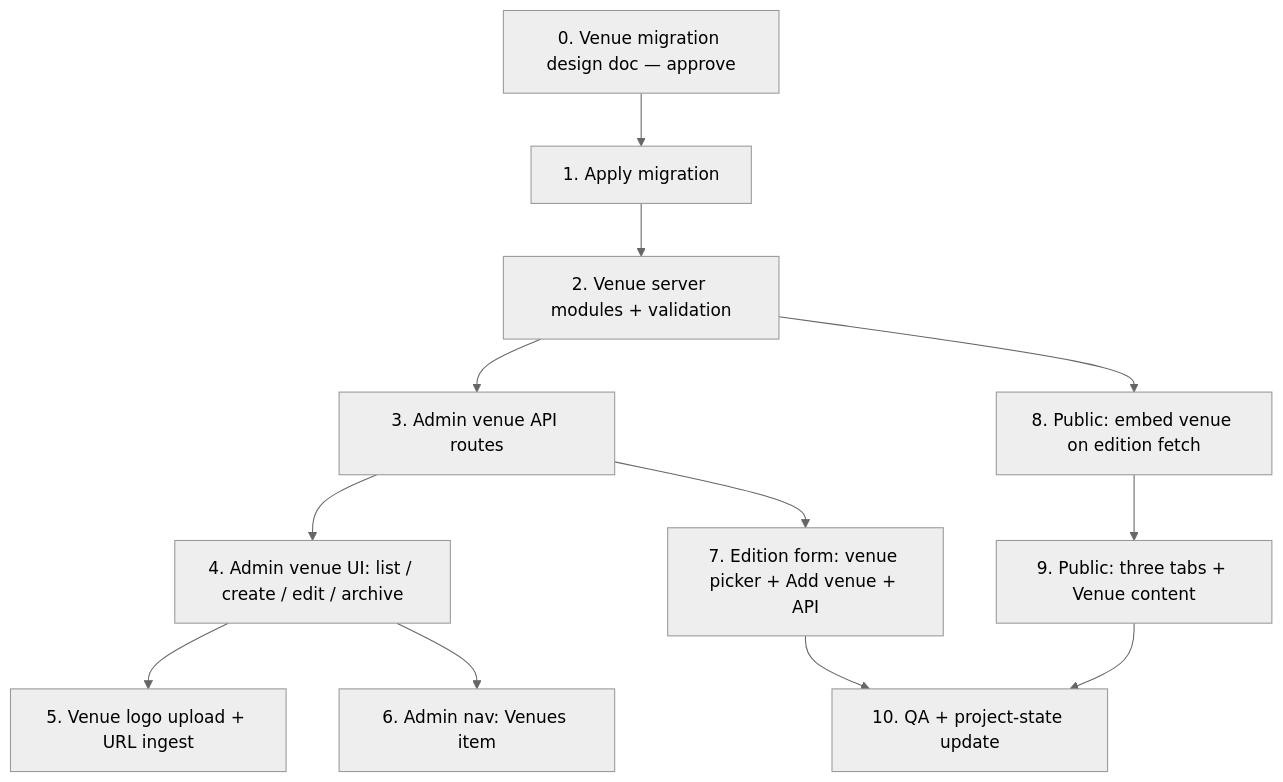
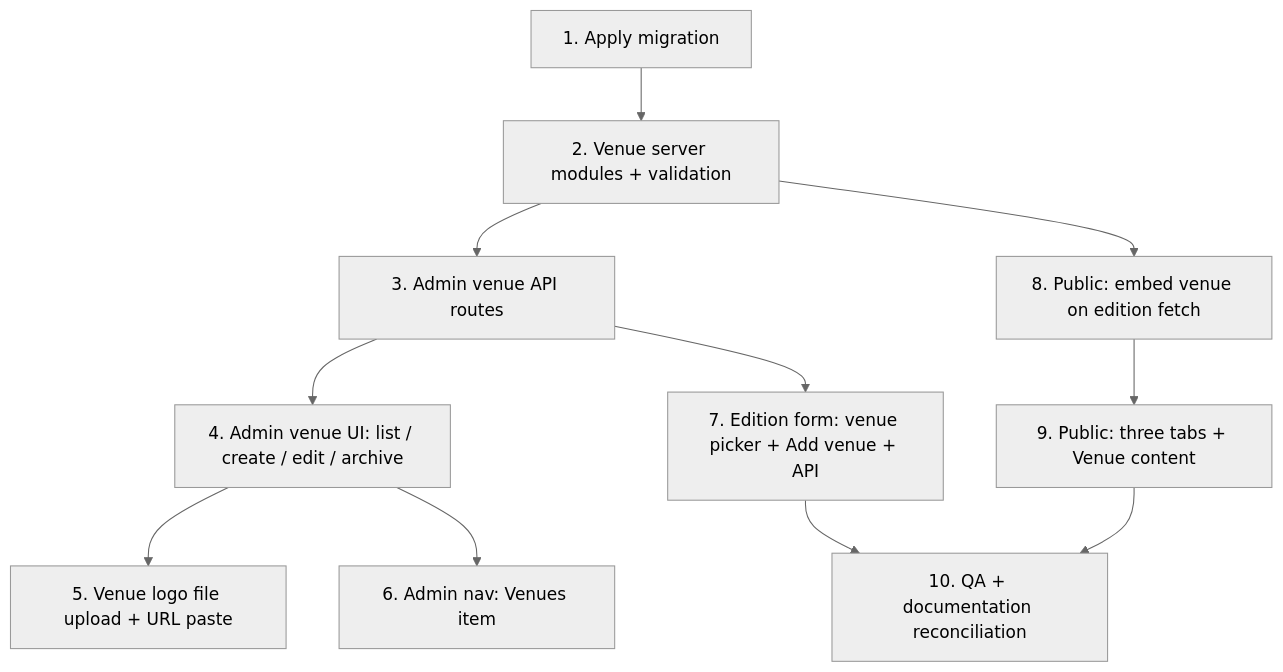
The diagram in docs/phase-venue-scope.md (Camilla-ty/event-search), drawn with Mermaid (neutral theme) before and after one commit. The commit also changed other lines of this file and 3 other files, not shown here.

````diff
--- a/docs/phase-venue-scope.md
+++ b/docs/phase-venue-scope.md
@@ -500,21 +507,20 @@
 ```mermaid
 flowchart TD
-  MD[0. Venue migration design doc — approve]
   M[1. Apply migration]
   S[2. Venue server modules + validation]
   A[3. Admin venue API routes]
   L[4. Admin venue UI: list / create / edit / archive]
-  G[5. Venue logo upload + URL ingest]
+  G[5. Venue logo file upload + URL paste]
   N[6. Admin nav: Venues item]
   E[7. Edition form: venue picker + Add venue + API]
   P[8. Public: embed venue on edition fetch]
   T[9. Public: three tabs + Venue content]
-  Q[10. QA + project-state update]
-  MD --> M --> S --> A --> L
+  Q[10. QA + documentation reconciliation]
+  M --> S --> A --> L
   L --> G
   A --> E
   L --> N
   S --> P --> T
   E --> Q
   T --> Q
 ```
````
